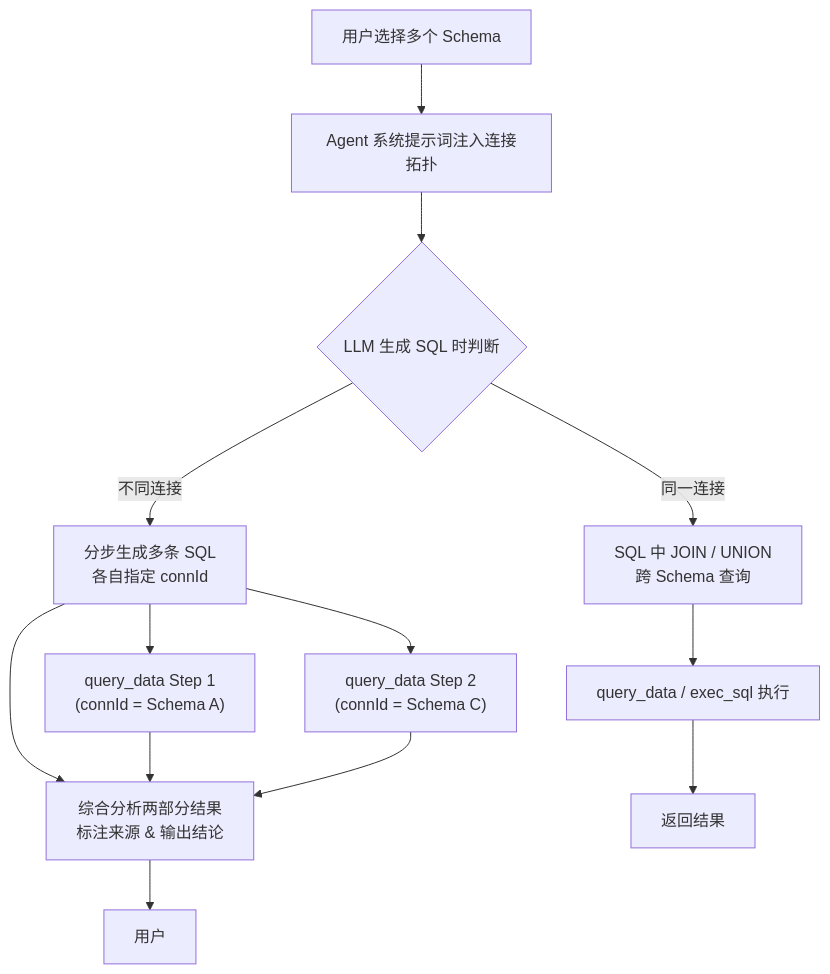
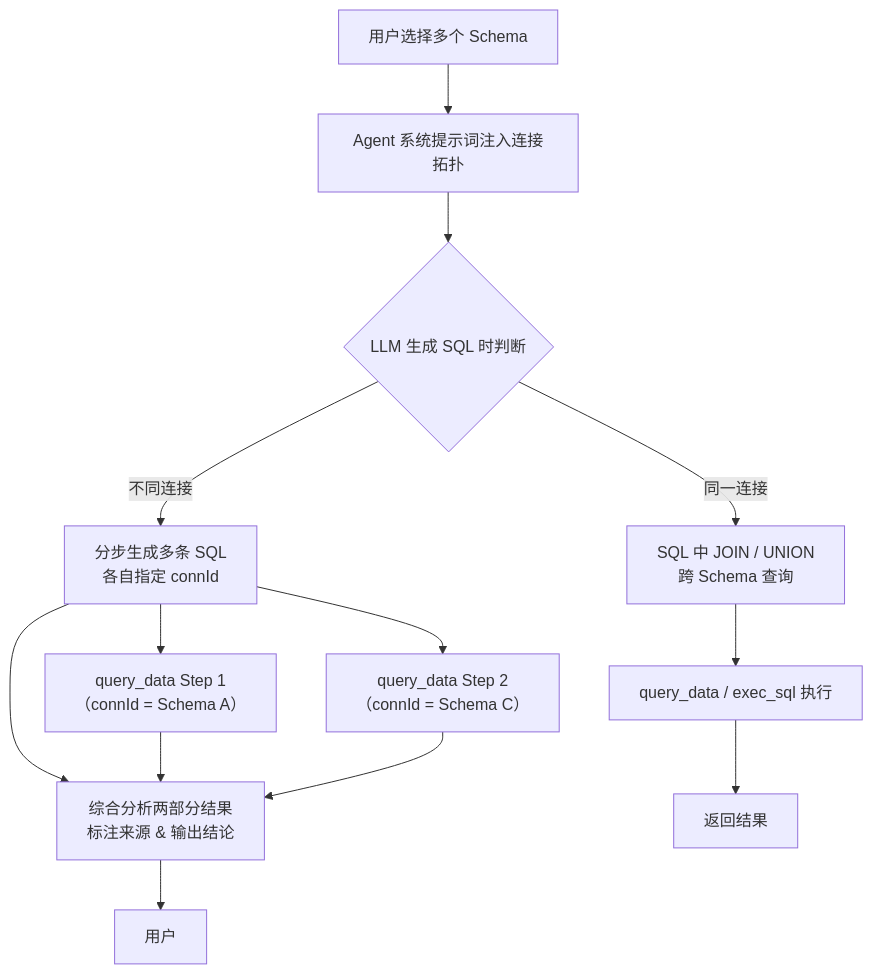
The fourth of 6 diagrams in README.md (zdtjss/websql), drawn with Mermaid before and after one commit. The commit also changed other lines of this file, not shown here.

````diff
--- a/README.md
+++ b/README.md
@@ -175,14 +203,14 @@
 ```mermaid
 flowchart TD
     A["用户选择多个 Schema"] --> B["Agent 系统提示词注入连接拓扑"]
     B --> C{"LLM 生成 SQL 时判断"}
     C -->|同一连接| D["SQL 中 JOIN / UNION<br/>跨 Schema 查询"]
     C -->|不同连接| E["分步生成多条 SQL<br/>各自指定 connId"]
     D --> F["query_data / exec_sql 执行"]
-    E --> I["query_data Step 1<br/>(connId = Schema A)"]
-    E --> J["query_data Step 2<br/>(connId = Schema C)"]
+    E --> I["query_data Step 1<br/>（connId = Schema A）"]
+    E --> J["query_data Step 2<br/>（connId = Schema C）"]
     E --> K["综合分析两部分结果<br/>标注来源 & 输出结论"]
     F --> G["返回结果"]
     I & J --> K
     K --> L["用户"]
 ```
````
